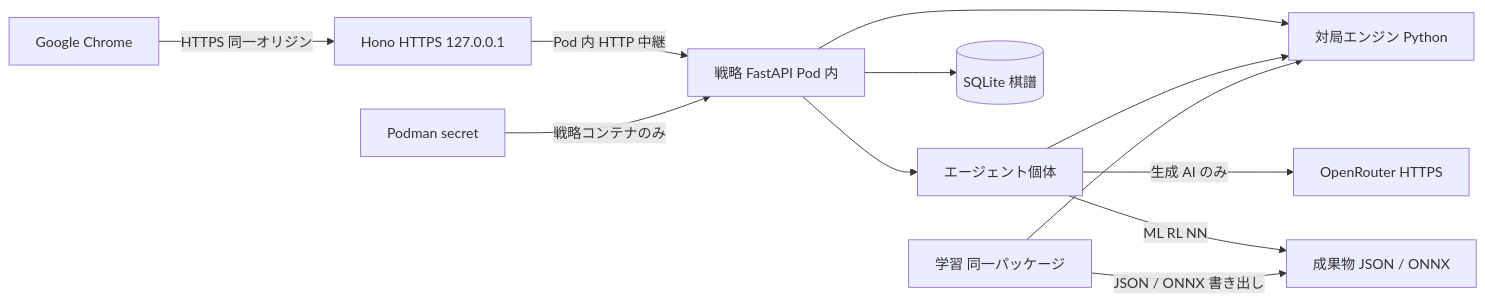
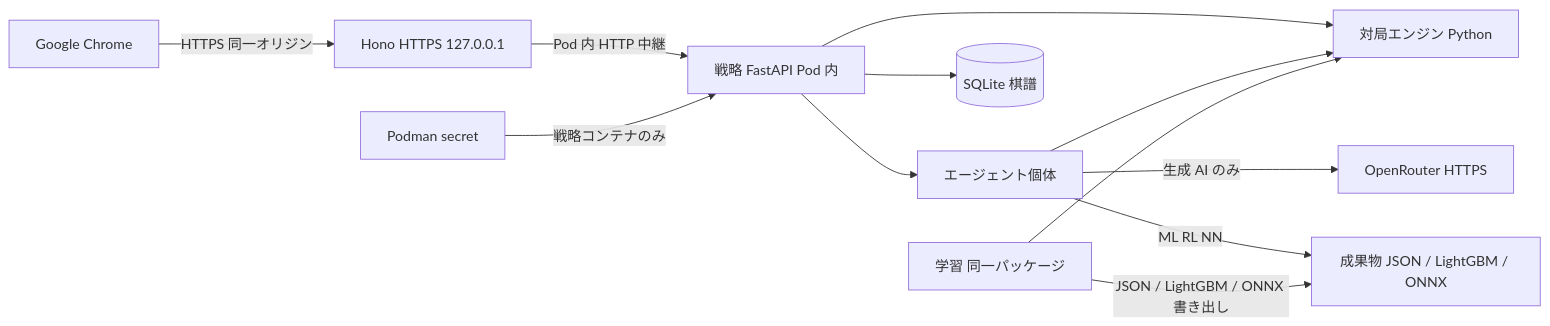
The diagram in docs/tech-stack.md (gnkm/reversi-ai), drawn with Mermaid before and after one commit. The commit also changed other lines of this file and 14 other files, not shown here.

First line of the commit message:
feat(strategy): 機械学習 (LightGBM) をカタログに載せる

````diff
--- a/docs/tech-stack.md
+++ b/docs/tech-stack.md
@@ -82,25 +82,25 @@
 ```mermaid
 flowchart LR
   chrome[Google Chrome]
   hono[Hono HTTPS 127.0.0.1]
   py[戦略 FastAPI Pod 内]
   engine[対局エンジン Python]
   agents[エージェント個体]
   sqlite[(SQLite 棋譜)]
-  models[成果物 JSON / ONNX]
+  models[成果物 JSON / LightGBM / ONNX]
   secret[Podman secret]
   or[OpenRouter HTTPS]
   train[学習 同一パッケージ]
 
   chrome -->|HTTPS 同一オリジン| hono
   hono -->|Pod 内 HTTP 中継| py
   py --> engine
   py --> agents
   agents --> engine
   agents -->|生成 AI のみ| or
   agents -->|ML RL NN| models
   py --> sqlite
   secret -->|戦略コンテナのみ| py
   train --> engine
-  train -->|JSON / ONNX 書き出し| models
+  train -->|JSON / LightGBM / ONNX 書き出し| models
 ```
````
